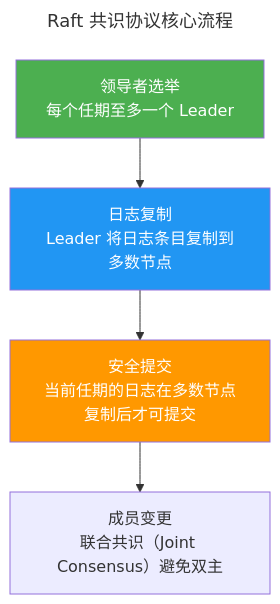
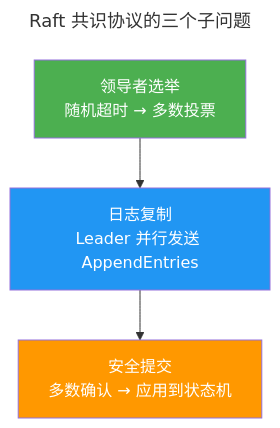
Before and after one commit to yadayanxue/silicon-strides: the diagram in src/content/docs/04-yuanhai/04-consensus-protocols.md, drawn with Mermaid. The commit also changed other lines of this file and 4 other files, not shown here.

Commit message:
docs: 卷四深度补充——B+Tree/LSM/Raft/流处理各加Mermaid论证

````diff
--- a/src/content/docs/04-yuanhai/04-consensus-protocols.md
+++ b/src/content/docs/04-yuanhai/04-consensus-protocols.md
@@ -32,18 +16,16 @@
 ```mermaid
 ---
-title: Raft 共识协议核心流程
+title: Raft 共识协议的三个子问题
 ---
 graph TD
-    LEADER["领导者选举<br/>每个任期至多一个 Leader"]
-    LOG["日志复制<br/>Leader 将日志条目复制到多数节点"]
-    COMMIT["安全提交<br/>当前任期的日志在多数节点复制后才可提交"]
-    MEMBER["成员变更<br/>联合共识（Joint Consensus）避免双主"]
+    LEADER["领导者选举<br/>随机超时 → 多数投票"]
+    LOG["日志复制<br/>Leader 并行发送 AppendEntries"]
+    COMMIT["安全提交<br/>多数确认 → 应用到状态机"]
 
     LEADER --> LOG
     LOG --> COMMIT
-    COMMIT --> MEMBER
 
     style LEADER fill:#4caf50,color:#fff
     style LOG fill:#2196f3,color:#fff
     style COMMIT fill:#ff9800,color:#fff
 ```
````
